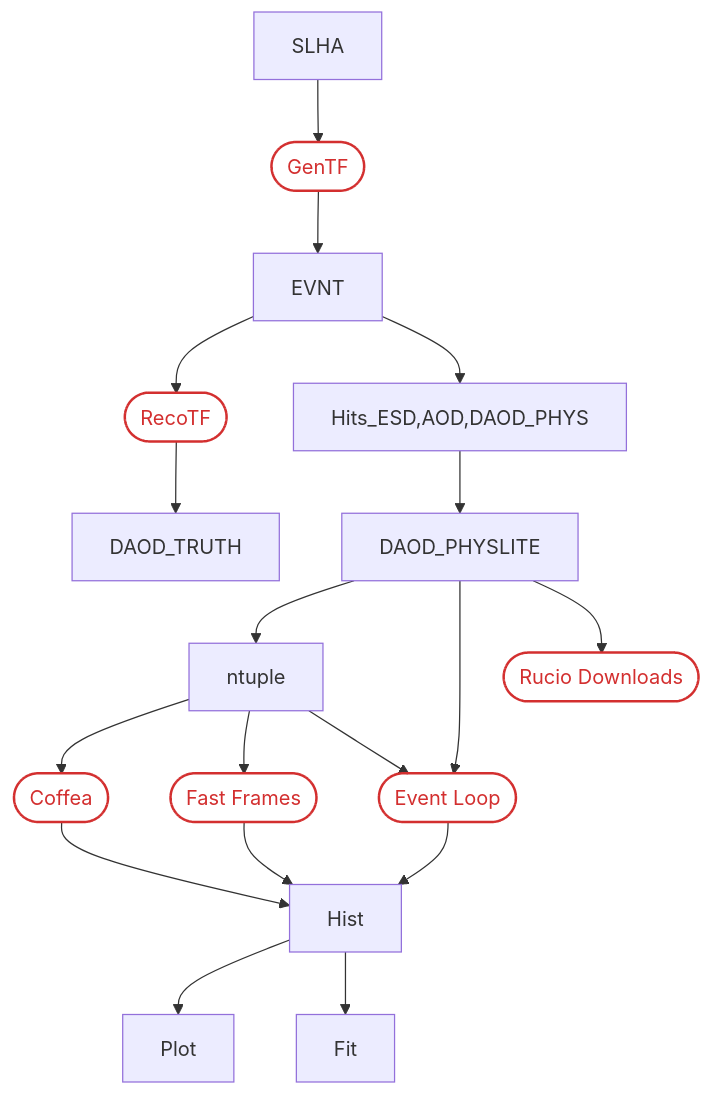
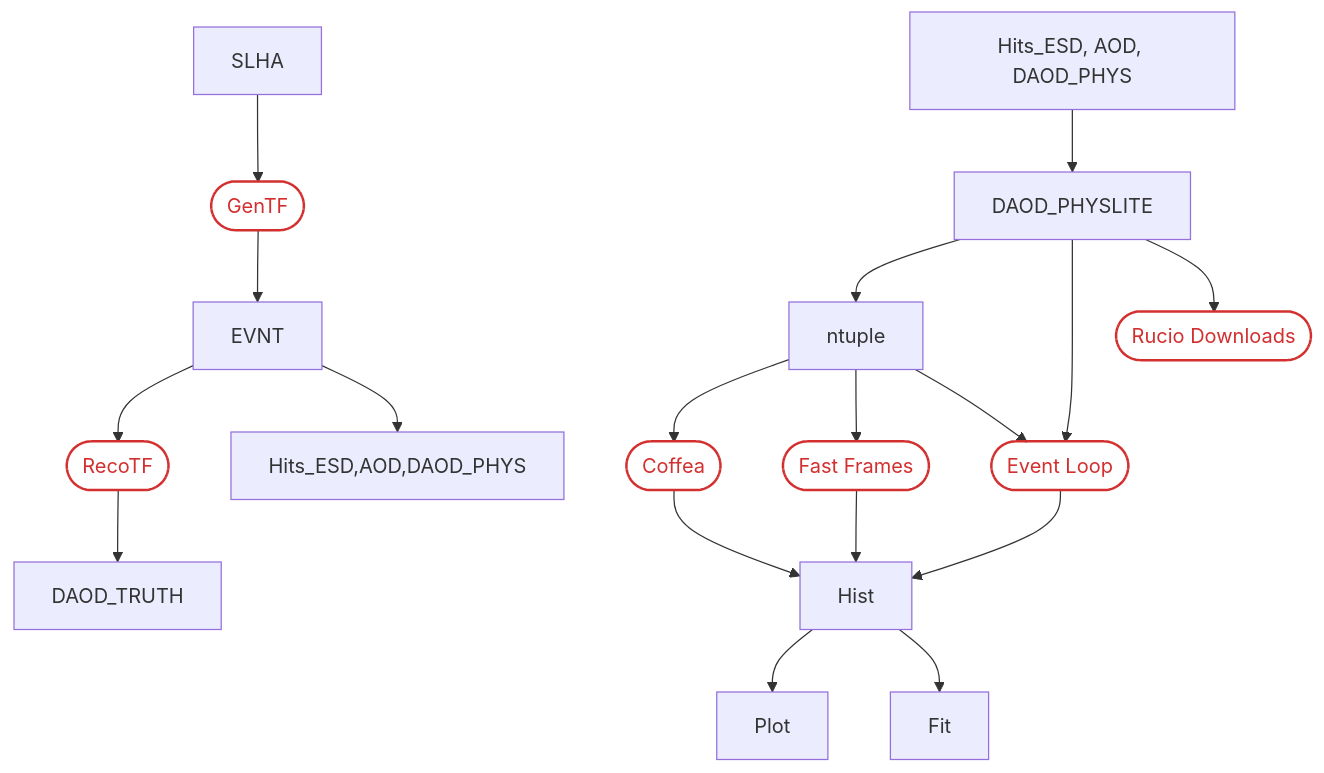
The diagram in docs/flowChart.md (usatlas/AF-Benchmarking), drawn with Mermaid before and after one commit.

````diff
--- a/docs/flowChart.md
+++ b/docs/flowChart.md
@@ -1,42 +1,42 @@
 ```mermaid
 flowchart TD
     SLHA --> GenTF
     GenTF --> EVNT
     EVNT --> RecoTF
     RecoTF --> DAOD_TRUTH
     Event_Loop --> Hist
 
     EVNT--> Hits_ESD,AOD,DAOD_PHYS
-    Hits_ESD,AOD,DAOD_PHYS --> DAOD_PHYSLITE
+    bash["Hits_ESD, AOD, DAOD_PHYS"] --> DAOD_PHYSLITE
 
     ntuple --> Coffea
     Coffea --> Hist
 
     ntuple --> Fast_Frames
     Fast_Frames --> Hist
 
     ntuple --> Event_Loop
     DAOD_PHYSLITE --> ntuple
     DAOD_PHYSLITE --> Event_Loop
     DAOD_PHYSLITE --> Rucio_Downloads
 
     Hist --> Plot
     Hist --> Fit
 
     click Event_Loop "https://github.com/usatlas/AF-Benchmarking/tree/main/event_loop" "Event Loop documentation"
     click Coffea "https://github.com/usatlas/AF-Benchmarking/tree/main/NTuple_Hist/coffea" "Coffea documentation"
     click Fast_Frames "https://github.com/usatlas/AF-Benchmarking/tree/main/NTuple_Hist/fastframes" "Fast Frames documentation"
     click Rucio_Downloads "https://github.com/usatlas/AF-Benchmarking/blob/main/Rucio/rucio_script.sh" "'Rucio Downloads' Script"
     click GenTF "https://github.com/usatlas/AF-Benchmarking/tree/main/EVNT" "EVNT Job Scripts"
     click RecoTF "https://github.com/usatlas/AF-Benchmarking/tree/main/TRUTH3" "TRUTH3 Job Scripts"
 
     Event_Loop(["Event Loop"])
     Coffea(["Coffea"])
     Fast_Frames(["Fast Frames"])
     Rucio_Downloads(["Rucio Downloads"])
     GenTF(["GenTF"])
     RecoTF(["RecoTF"])
     
     classDef method fill:transparent,stroke:#d32f2f,stroke-width:2px,color:#d32f2f;
     class Event_Loop,Coffea,Fast_Frames,Rucio_Downloads,GenTF,RecoTF method;
 ```
````
